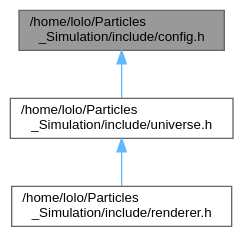
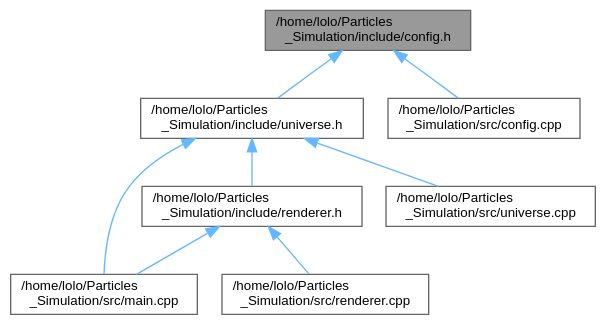
One commit to Kojittsu/Particles_Simulation changed the diagram in docs/config_8h__dep__incl.dot. Above: the diagram before and after it, drawn with Graphviz. The commit also changed 136 other files, not shown here.

```diff
--- a/docs/config_8h__dep__incl.dot
+++ b/docs/config_8h__dep__incl.dot
@@ -1,12 +1,21 @@
 digraph "/home/lolo/Particles_Simulation/include/config.h"
 {
  // LATEX_PDF_SIZE
   bgcolor="transparent";
   edge [fontname=Helvetica,fontsize=10,labelfontname=Helvetica,labelfontsize=10];
   node [fontname=Helvetica,fontsize=10,shape=box,height=0.2,width=0.4];
   Node1 [id="Node000001",label="/home/lolo/Particles\l_Simulation/include/config.h",height=0.2,width=0.4,color="gray40", fillcolor="grey60", style="filled", fontcolor="black",tooltip=" "];
   Node1 -> Node2 [id="edge1_Node000001_Node000002",dir="back",color="steelblue1",style="solid",tooltip=" "];
   Node2 [id="Node000002",label="/home/lolo/Particles\l_Simulation/include/universe.h",height=0.2,width=0.4,color="grey40", fillcolor="white", style="filled",URL="$universe_8h.html",tooltip=" "];
   Node2 -> Node3 [id="edge2_Node000002_Node000003",dir="back",color="steelblue1",style="solid",tooltip=" "];
   Node3 [id="Node000003",label="/home/lolo/Particles\l_Simulation/include/renderer.h",height=0.2,width=0.4,color="grey40", fillcolor="white", style="filled",URL="$renderer_8h.html",tooltip=" "];
+  Node3 -> Node4 [id="edge3_Node000003_Node000004",dir="back",color="steelblue1",style="solid",tooltip=" "];
+  Node4 [id="Node000004",label="/home/lolo/Particles\l_Simulation/src/main.cpp",height=0.2,width=0.4,color="grey40", fillcolor="white", style="filled",URL="$main_8cpp.html",tooltip=" "];
+  Node3 -> Node5 [id="edge4_Node000003_Node000005",dir="back",color="steelblue1",style="solid",tooltip=" "];
+  Node5 [id="Node000005",label="/home/lolo/Particles\l_Simulation/src/renderer.cpp",height=0.2,width=0.4,color="grey40", fillcolor="white", style="filled",URL="$renderer_8cpp.html",tooltip=" "];
+  Node2 -> Node4 [id="edge5_Node000002_Node000004",dir="back",color="steelblue1",style="solid",tooltip=" "];
+  Node2 -> Node6 [id="edge6_Node000002_Node000006",dir="back",color="steelblue1",style="solid",tooltip=" "];
+  Node6 [id="Node000006",label="/home/lolo/Particles\l_Simulation/src/universe.cpp",height=0.2,width=0.4,color="grey40", fillcolor="white", style="filled",URL="$universe_8cpp.html",tooltip=" "];
+  Node1 -> Node7 [id="edge7_Node000001_Node000007",dir="back",color="steelblue1",style="solid",tooltip=" "];
+  Node7 [id="Node000007",label="/home/lolo/Particles\l_Simulation/src/config.cpp",height=0.2,width=0.4,color="grey40", fillcolor="white", style="filled",URL="$config_8cpp.html",tooltip=" "];
 }
```
